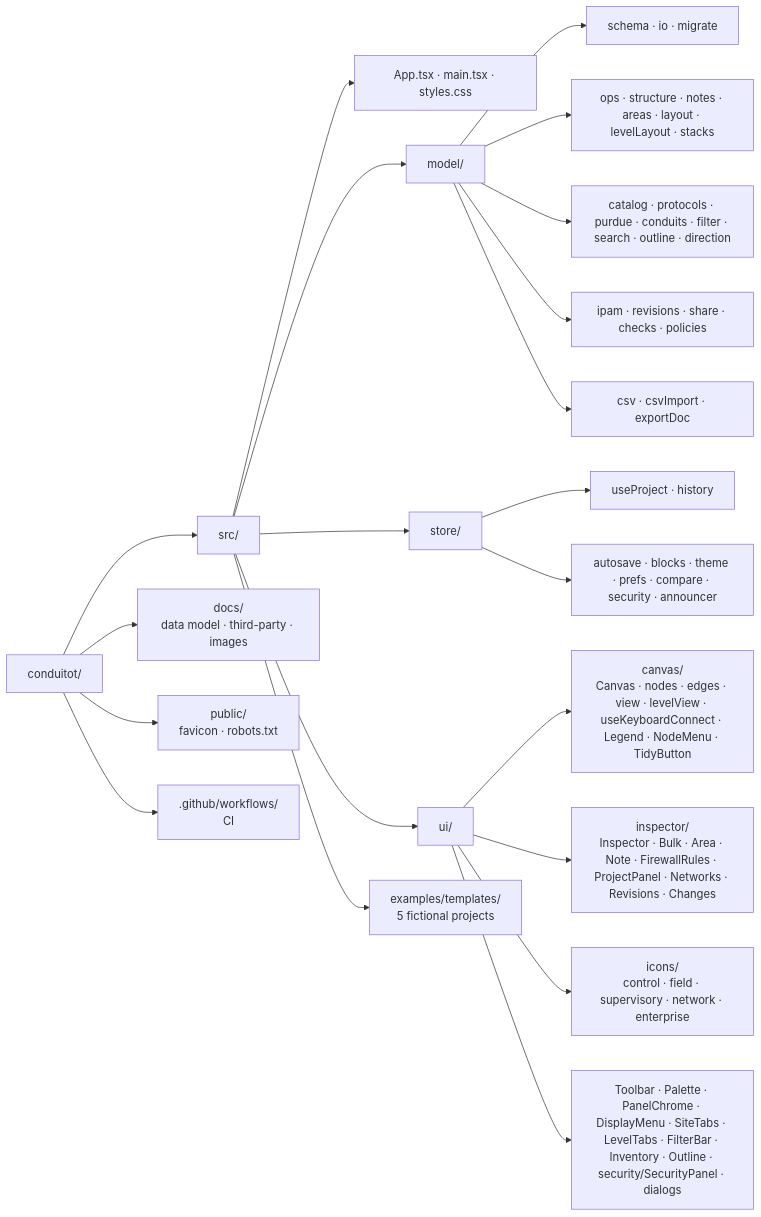
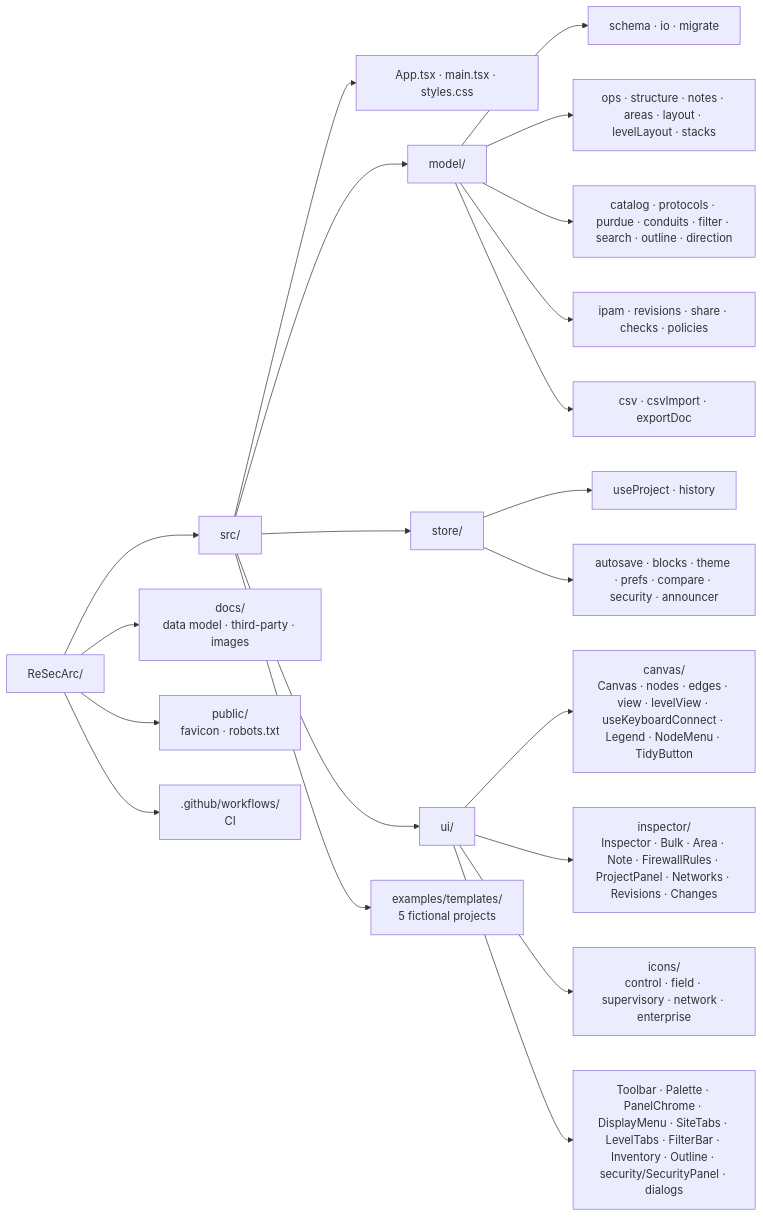
Before and after one commit to vijaykumargowdakk/ReSecArc: the tenth of 32 diagrams in README.md, drawn with Mermaid. The commit also changed 3 other files, not shown here.

````diff
--- a/README.md
+++ b/README.md
@@ -500,23 +500,23 @@
 ```mermaid
 flowchart LR
-    R["conduitot/"] --> SRC["src/"]
+    R["ReSecArc/"] --> SRC["src/"]
     R --> DOCS["docs/<br/>data model · third-party · images"]
     R --> PUB["public/<br/>favicon · robots.txt"]
     R --> GH[".github/workflows/<br/>CI"]
     SRC --> APP["App.tsx · main.tsx · styles.css"]
     SRC --> MODEL["model/"]
     SRC --> STORE["store/"]
     SRC --> UI["ui/"]
     SRC --> EX["examples/templates/<br/>5 fictional projects"]
     MODEL --> MA["schema · io · migrate"]
     MODEL --> MB["ops · structure · notes · areas · layout · levelLayout · stacks"]
     MODEL --> MC["catalog · protocols · purdue · conduits · filter · search · outline · direction"]
     MODEL --> MD["ipam · revisions · share · checks · policies"]
     MODEL --> ME["csv · csvImport · exportDoc"]
     STORE --> SA["useProject · history"]
     STORE --> SB["autosave · blocks · theme · prefs · compare · security · announcer"]
     UI --> UA["canvas/<br/>Canvas · nodes · edges · view · levelView · useKeyboardConnect · Legend · NodeMenu · TidyButton"]
     UI --> UB["inspector/<br/>Inspector · Bulk · Area · Note · FirewallRules · ProjectPanel · Networks · Revisions · Changes"]
     UI --> UC["icons/<br/>control · field · supervisory · network · enterprise"]
     UI --> UD["Toolbar · Palette · PanelChrome · DisplayMenu · SiteTabs · LevelTabs · FilterBar · Inventory · Outline · security/SecurityPanel · dialogs"]
 ```
````
